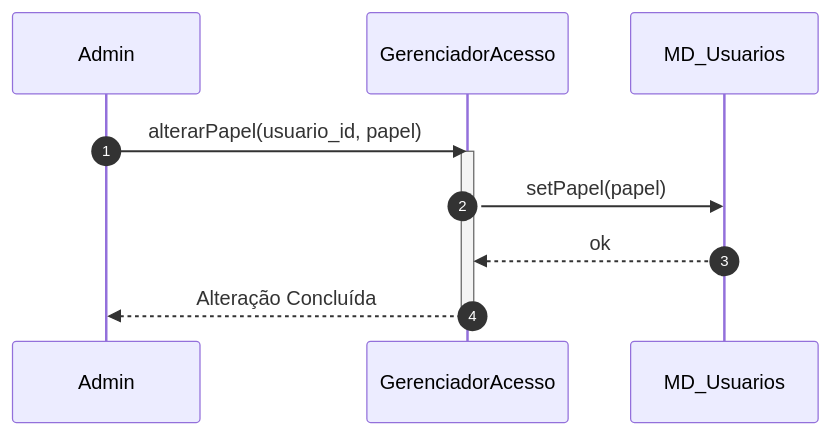
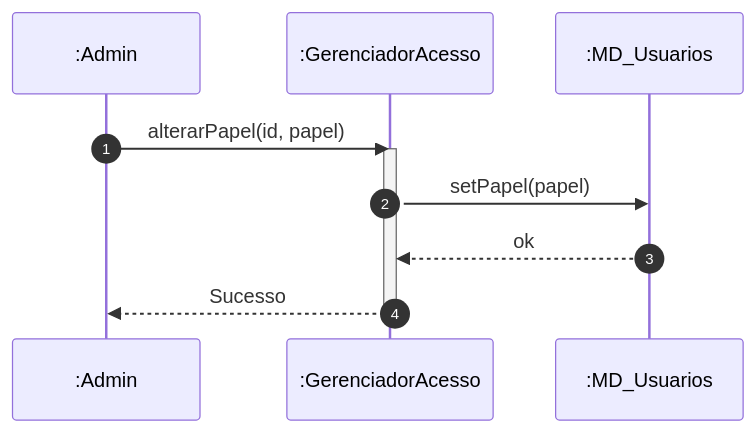
One commit to MayconDIS/PIM_III-Documentacao_UML changed the second of 2 diagrams in PIM_III/02_Modelagem_UML_Astah/UC04_Gerenciar_Perfis_Acessos/README.md. Above: the diagram before and after it, drawn with Mermaid. The commit also changed other lines of this file and 17 other files, not shown here.

````diff
--- a/PIM_III/02_Modelagem_UML_Astah/UC04_Gerenciar_Perfis_Acessos/README.md
+++ b/PIM_III/02_Modelagem_UML_Astah/UC04_Gerenciar_Perfis_Acessos/README.md
@@ -44,13 +43,13 @@
 ```mermaid
 sequenceDiagram
     autonumber
-    participant A as Admin
-    participant M as GerenciadorAcesso
-    participant U as MD_Usuarios
-    A->>M: alterarPapel(usuario_id, papel)
+    participant A as :Admin
+    participant M as :GerenciadorAcesso
+    participant U as :MD_Usuarios
+    A->>M: alterarPapel(id, papel)
     activate M
     M->>U: setPapel(papel)
     U-->>M: ok
-    M-->>A: Alteração Concluída
+    M-->>A: Sucesso
     deactivate M
 ```
````
